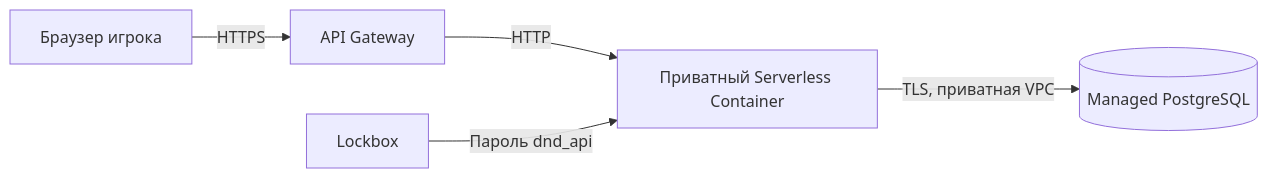
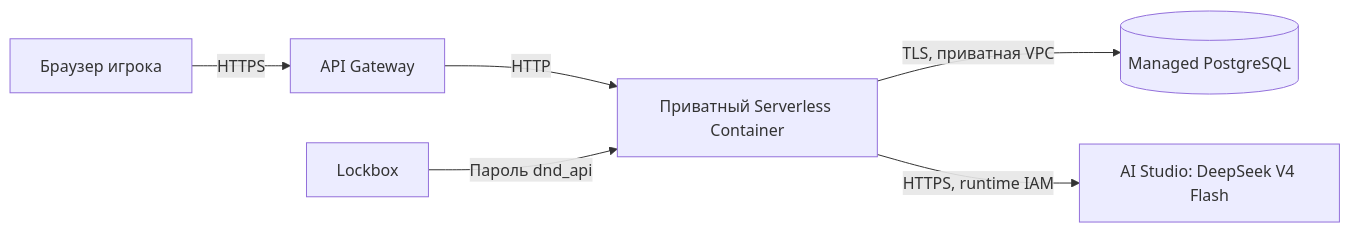
The diagram in docs/architecture/yandex-backend.md (etozhenerk/DnD), drawn with Mermaid before and after one commit. The commit also changed other lines of this file and 1 other file, not shown here.

Commit message:
docs: align cloud and database architecture with advisor runtime

````diff
--- a/docs/architecture/yandex-backend.md
+++ b/docs/architecture/yandex-backend.md
@@ -5,7 +5,8 @@
 ```mermaid
 flowchart LR
     Browser[Браузер игрока] -->|HTTPS| Gateway[API Gateway]
     Gateway -->|HTTP| API[Приватный Serverless Container]
     API -->|TLS, приватная VPC| PG[(Managed PostgreSQL)]
+    API -->|HTTPS, runtime IAM| AI[AI Studio: DeepSeek V4 Flash]
     Lockbox[Lockbox] -->|Пароль dnd_api| API
 ```
````
